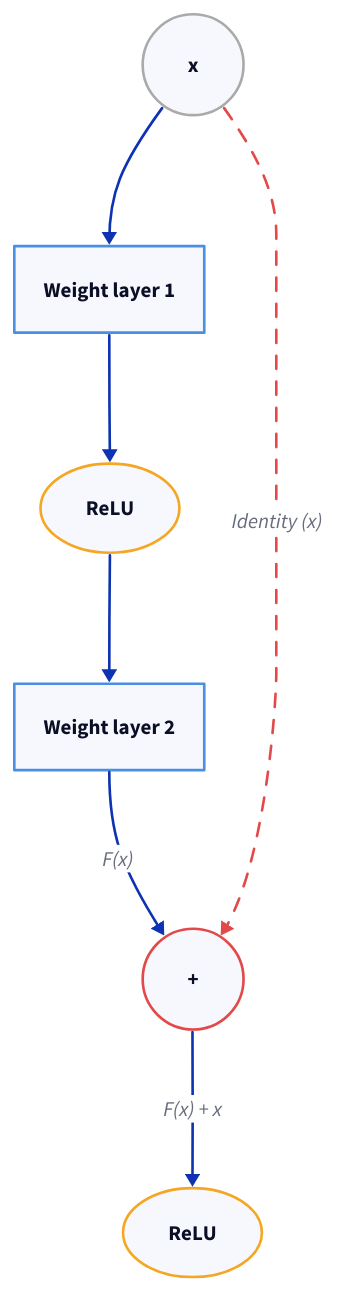
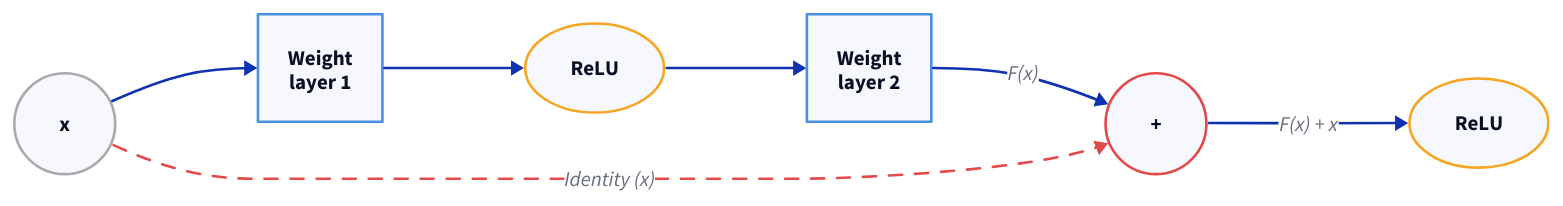
Before and after one commit to 111qqz/111qqz.github.io: the diagram in images/resnet-notes/071-residual-block.d2, drawn with D2. The commit also changed 4047 other files, not shown here.

First line of the commit message:
fix: 修复 D2 配图比例问题——放宽 CSS max-height 并重排 24 个极端纵横比图表

```diff
--- a/images/resnet-notes/071-residual-block.d2
+++ b/images/resnet-notes/071-residual-block.d2
@@ -1,19 +1,15 @@
-direction: down
+direction: right
 
-x: { shape: circle; style: { stroke: "#aaaaaa"; bold: true } }
+x: "x" { shape: circle; style.stroke: "#aaaaaa"; style.bold: true }
 
-Weight layer 1: { shape: rectangle; style: { stroke: "#4a90e2"; bold: true } }
-ReLU: { shape: oval; style: { stroke: "#f5a623"; bold: true } }
-Weight layer 2: { shape: rectangle; style: { stroke: "#4a90e2"; bold: true } }
+w1: "Weight\nlayer 1" { style.stroke: "#4a90e2"; style.bold: true }
+relu1: "ReLU" { shape: oval; style.stroke: "#f5a623"; style.bold: true }
+w2: "Weight\nlayer 2" { style.stroke: "#4a90e2"; style.bold: true }
+Plus: "+" { shape: circle; style.stroke: "#e24a4a"; style.bold: true }
+OutReLU: "ReLU" { shape: oval; style.stroke: "#f5a623"; style.bold: true }
 
-Plus: { shape: circle; label: "+"; style: { stroke: "#e24a4a"; bold: true } }
-Output ReLU: { shape: oval; label: "ReLU"; style: { stroke: "#f5a623"; bold: true } }
-
-x -> Weight layer 1
-Weight layer 1 -> ReLU
-ReLU -> Weight layer 2
-Weight layer 2 -> Plus: "F(x)"
-
-x -> Plus: "Identity (x)" { style: { stroke: "#e24a4a"; stroke-dash: 5 } }
-
-Plus -> Output ReLU: "F(x) + x"
+x -> w1
+w1 -> relu1 -> w2
+w2 -> Plus: "F(x)"
+x -> Plus: "Identity (x)" { style.stroke: "#e24a4a"; style.stroke-dash: 5 }
+Plus -> OutReLU: "F(x) + x"
```
